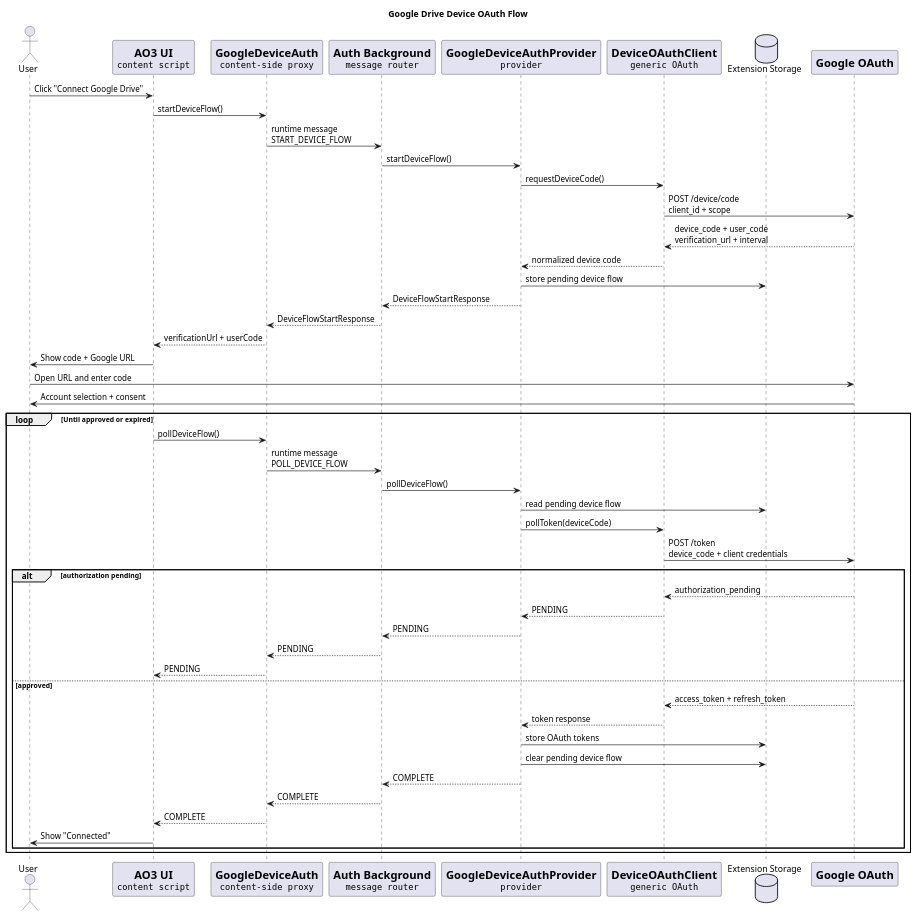
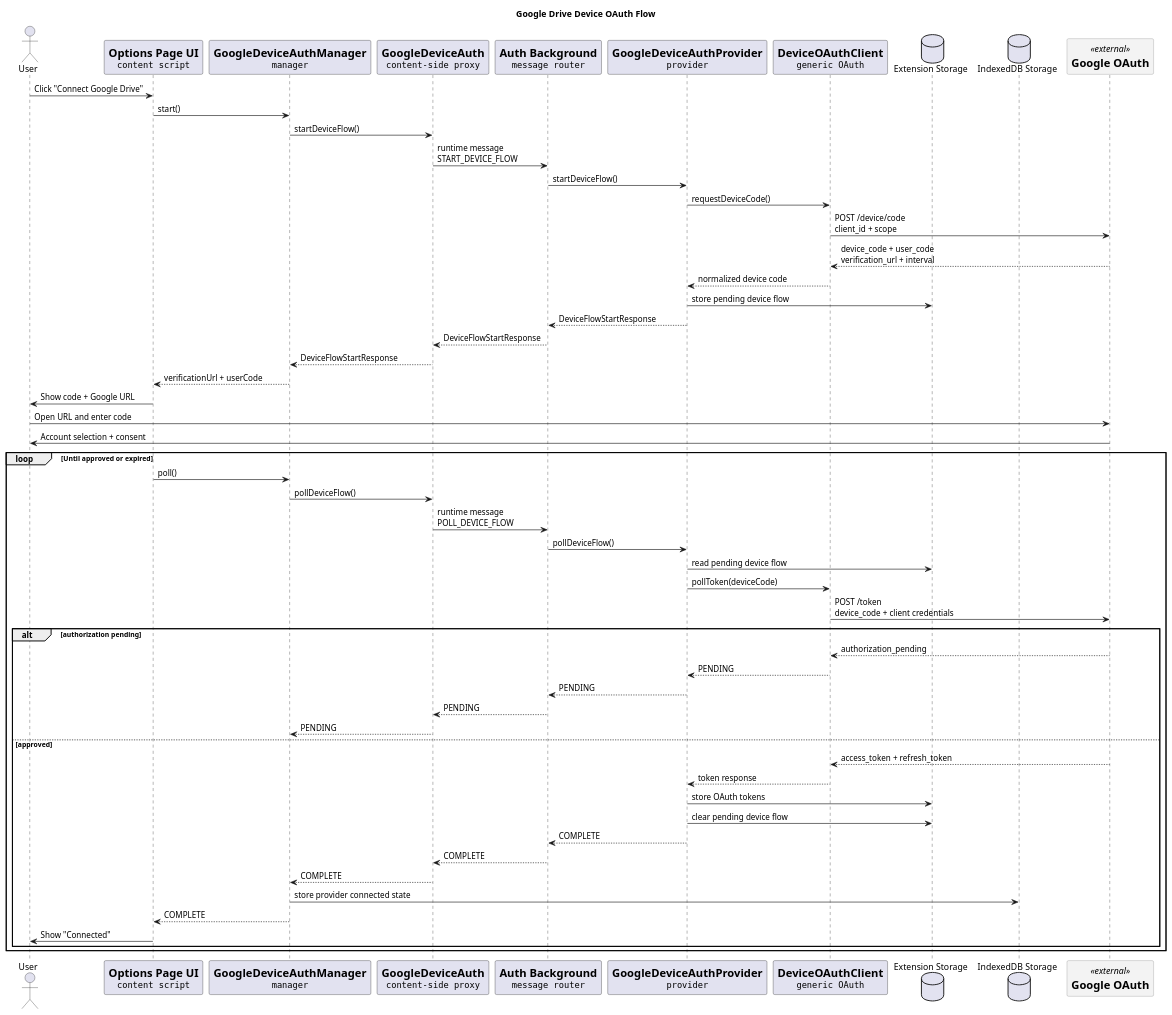
The diagram in src/services/auth/diagrams/device-flow-sequence.puml (0nis/ao3-read-tracker), drawn with PlantUML before and after one commit.

```diff
--- a/src/services/auth/diagrams/device-flow-sequence.puml
+++ b/src/services/auth/diagrams/device-flow-sequence.puml
@@ -1,72 +1,88 @@
 @startuml Google Drive Device OAuth Flow
 title Google Drive Device OAuth Flow
 
+skinparam participant<<external>> {
+    BackgroundColor #F3F3F3
+    BorderColor #888888
+}
+
 actor User
 participant UI [
-    =AO3 UI
+    =Options Page UI
     ""content script""
+]
+participant Manager [
+    =GoogleDeviceAuthManager
+    ""manager""
 ]
 participant Proxy [
     =GoogleDeviceAuth
     ""content-side proxy""
 ]
 participant BG [
     =Auth Background
     ""message router""
 ]
 participant Provider [
     =GoogleDeviceAuthProvider
     ""provider""
 ]
 participant Client [
     =DeviceOAuthClient
     ""generic OAuth""
 ]
-database "Extension Storage" as Storage
-participant Google [
+database "Extension Storage" as ExtStorage
+database "IndexedDB Storage" as Storage
+
+participant Google <<external>> [
     =Google OAuth
 ]
 
 User -> UI: Click "Connect Google Drive"
-UI -> Proxy: startDeviceFlow()
+UI -> Manager: start()
+Manager -> Proxy: startDeviceFlow()
 Proxy -> BG: runtime message\nSTART_DEVICE_FLOW
 BG -> Provider: startDeviceFlow()
 Provider -> Client: requestDeviceCode()
 Client -> Google: POST /device/code\nclient_id + scope
 Google --> Client: device_code + user_code\nverification_url + interval
 Client --> Provider: normalized device code
-Provider -> Storage: store pending device flow
+Provider -> ExtStorage: store pending device flow
 Provider --> BG: DeviceFlowStartResponse
 BG --> Proxy: DeviceFlowStartResponse
-Proxy --> UI: verificationUrl + userCode
+Proxy --> Manager: DeviceFlowStartResponse
+Manager --> UI: verificationUrl + userCode
 
 UI -> User: Show code + Google URL
 User -> Google: Open URL and enter code
 Google -> User: Account selection + consent
 
 loop Until approved or expired
-  UI -> Proxy: pollDeviceFlow()
+  UI -> Manager: poll()
+  Manager -> Proxy: pollDeviceFlow()
   Proxy -> BG: runtime message\nPOLL_DEVICE_FLOW
   BG -> Provider: pollDeviceFlow()
-  Provider -> Storage: read pending device flow
+  Provider -> ExtStorage: read pending device flow
   Provider -> Client: pollToken(deviceCode)
   Client -> Google: POST /token\ndevice_code + client credentials
   alt authorization pending
     Google --> Client: authorization_pending
     Client --> Provider: PENDING
     Provider --> BG: PENDING
     BG --> Proxy: PENDING
-    Proxy --> UI: PENDING
+    Proxy --> Manager: PENDING
   else approved
     Google --> Client: access_token + refresh_token
     Client --> Provider: token response
-    Provider -> Storage: store OAuth tokens
-    Provider -> Storage: clear pending device flow
+    Provider -> ExtStorage: store OAuth tokens
+    Provider -> ExtStorage: clear pending device flow
     Provider --> BG: COMPLETE
     BG --> Proxy: COMPLETE
-    Proxy --> UI: COMPLETE
+    Proxy --> Manager: COMPLETE
+    Manager -> Storage: store provider connected state
+    Manager --> UI: COMPLETE
     UI -> User: Show "Connected"
   end
 end
 
 @enduml
```
